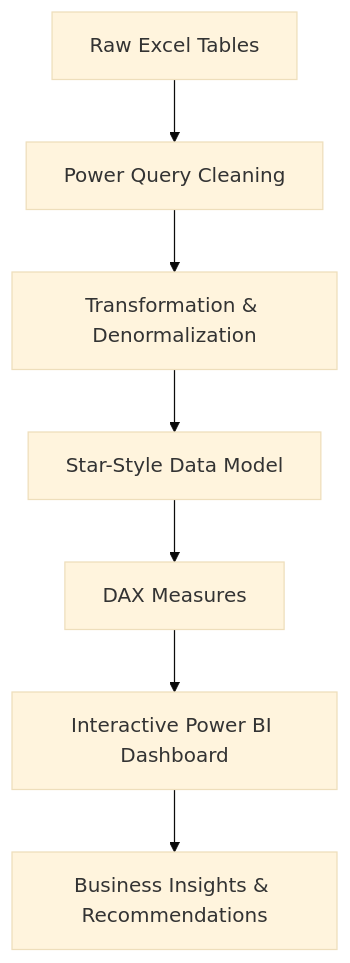
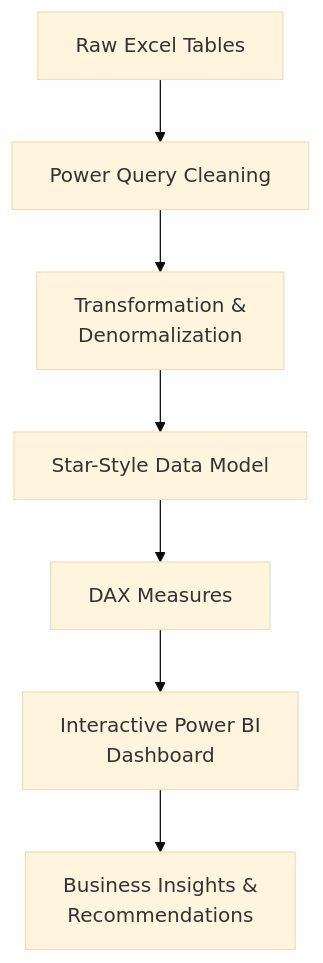
Before and after one commit to AsemFared435/Gym-Business-Performance-Dashboard: the diagram in README.md, drawn with Mermaid (base theme). The commit also changed other lines of this file, not shown here.

````diff
--- a/README.md
+++ b/README.md
@@ -41,9 +108,9 @@
 ```mermaid
 flowchart TD
     A["Raw Excel Tables"] --> B["Power Query Cleaning"]
-    B --> C["Transformation & Denormalization"]
+    B --> C["Transformation &<br/>Denormalization"]
     C --> D["Star-Style Data Model"]
     D --> E["DAX Measures"]
-    E --> F["Interactive Power BI Dashboard"]
-    F --> G["Business Insights & Recommendations"]
+    E --> F["Interactive Power BI<br/>Dashboard"]
+    F --> G["Business Insights &<br/>Recommendations"]
 ```
````
